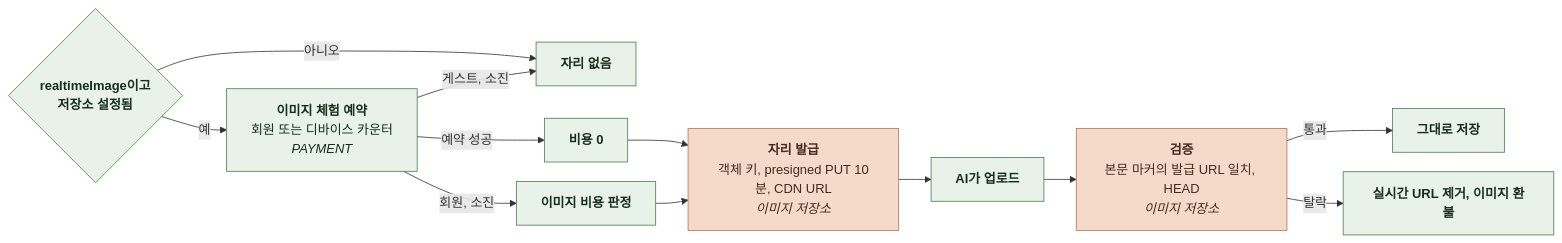
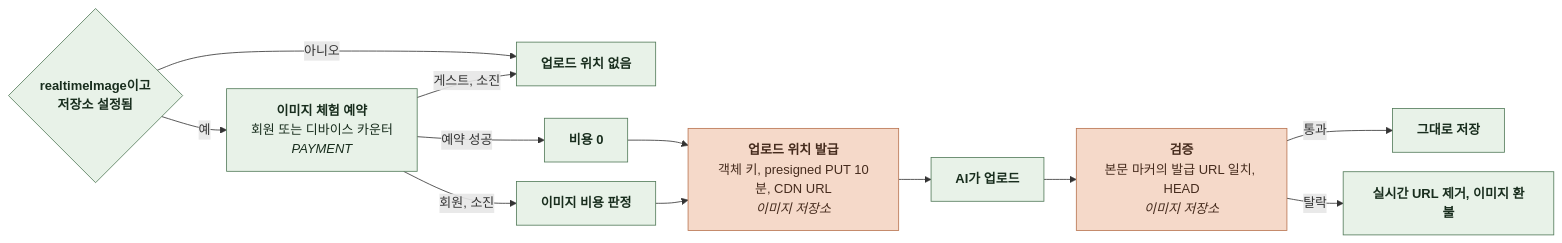
One commit to KIM-N-KANG/knk-harness changed diagram 12 of 12 in docs/domain/CHAT/BACKEND/4-1-PIPELINES.md. Above: the diagram before and after it, drawn with Mermaid. The commit also changed other lines of this file and 14 other files, not shown here.

````diff
--- a/docs/domain/CHAT/BACKEND/4-1-PIPELINES.md
+++ b/docs/domain/CHAT/BACKEND/4-1-PIPELINES.md
@@ -483,26 +493,26 @@
 ```mermaid
 %%{init: {"flowchart": {"curve": "basis", "nodeSpacing": 24, "rankSpacing": 40}}}%%
 flowchart LR
     A{"`**realtimeImage이고
-저장소 설정됨**`"} -->|아니오| Z["`**자리 없음**`"]
+저장소 설정됨**`"} -->|아니오| Z["`**업로드 위치 없음**`"]
     A -->|예| B["`**이미지 체험 예약**
 회원 또는 디바이스 카운터
 *PAYMENT*`"]
     B -->|예약 성공| C["`**비용 0**`"]
     B -->|회원, 소진| D["`**이미지 비용 판정**`"]
     B -->|게스트, 소진| Z
-    C --> E["`**자리 발급**
+    C --> E["`**업로드 위치 발급**
 객체 키, presigned PUT 10분, CDN URL
 *이미지 저장소*`"]
     D --> E
     E --> F["`**AI가 업로드**`"]
     F --> G["`**검증**
 본문 마커의 발급 URL 일치, HEAD
 *이미지 저장소*`"]
     G -->|통과| H["`**그대로 저장**`"]
     G -->|탈락| I["`**실시간 URL 제거, 이미지 환불**`"]
     classDef comp fill:#E8F2E8,stroke:#527A59,color:#182D1D
     classDef task fill:#F5D9C9,stroke:#B97450,color:#452B1D
     class A,B,C,D,F,H,I,Z comp
     class E,G task
 ```
````
